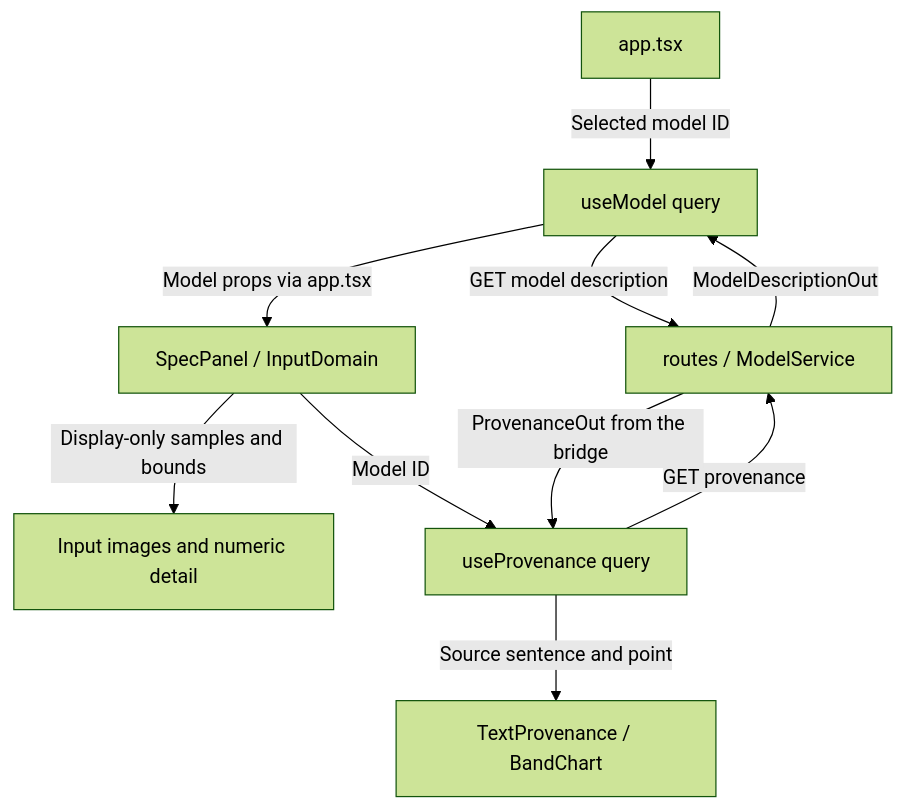
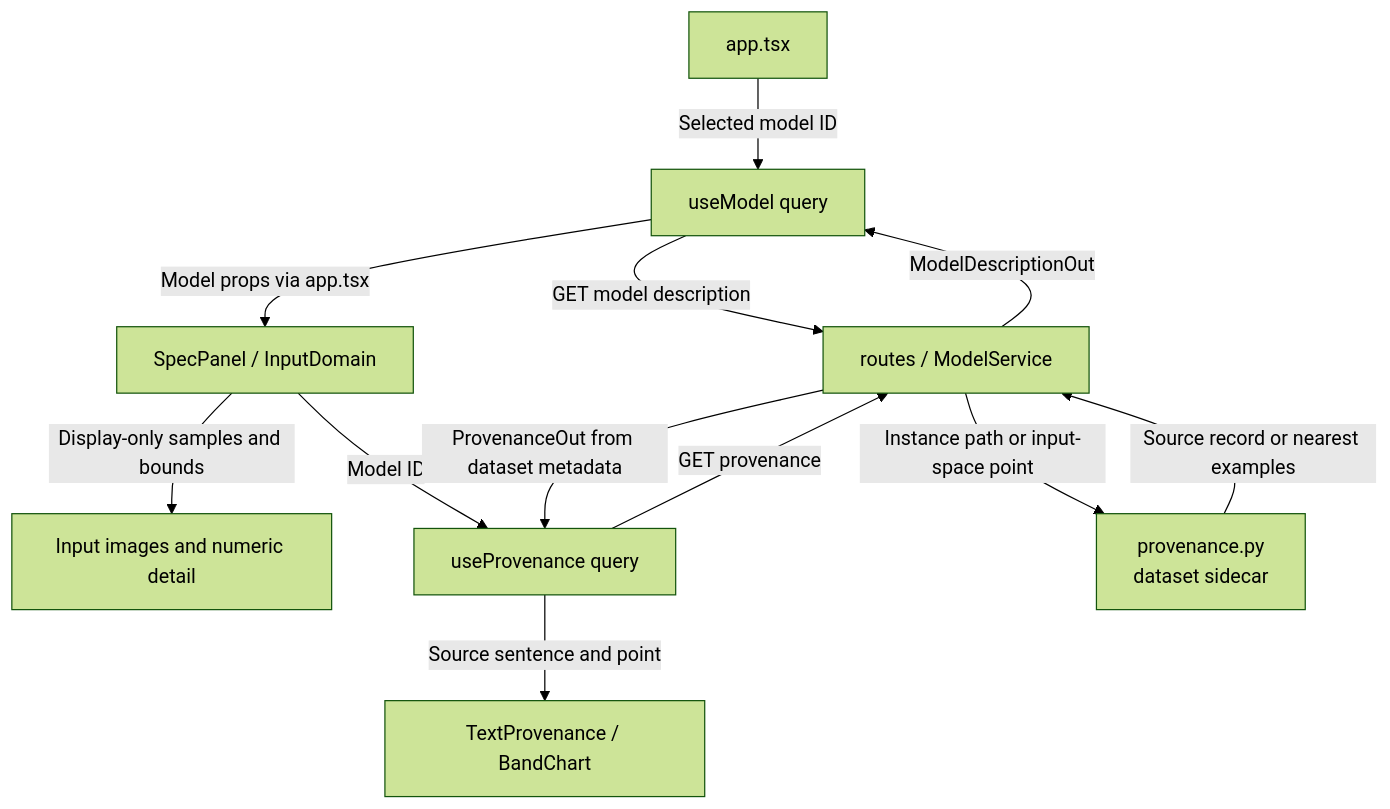
The third of 3 diagrams in visual_bench/model_spec/README.md (SVF-tools/ACT-GUI), drawn with Mermaid (forest theme) before and after one commit. The commit also changed other lines of this file and 19 other files, not shown here.

Commit message:
model_spec: own NLP dataset metadata in the workbench

````diff
--- a/visual_bench/model_spec/README.md
+++ b/visual_bench/model_spec/README.md
@@ -65,12 +65,14 @@
 ```mermaid
 flowchart TB
   App["app.tsx"] -->|"Selected model ID"| Hook["useModel query"]
   Hook -->|"GET model description"| API["routes / ModelService"]
   API -->|"ModelDescriptionOut"| Hook
   Hook -->|"Model props via app.tsx"| View["SpecPanel / InputDomain"]
   View -->|"Display-only samples and bounds"| Pixels["Input images and numeric detail"]
   View -->|"Model ID"| Prov["useProvenance query"]
   Prov -->|"GET provenance"| API
-  API -->|"ProvenanceOut from the bridge"| Prov
+  API -->|"ProvenanceOut from dataset metadata"| Prov
+  API -->|"Instance path or input-space point"| Data["provenance.py<br/>dataset sidecar"]
+  Data -->|"Source record or nearest examples"| API
   Prov -->|"Source sentence and point"| Text["TextProvenance / BandChart"]
 ```
````
